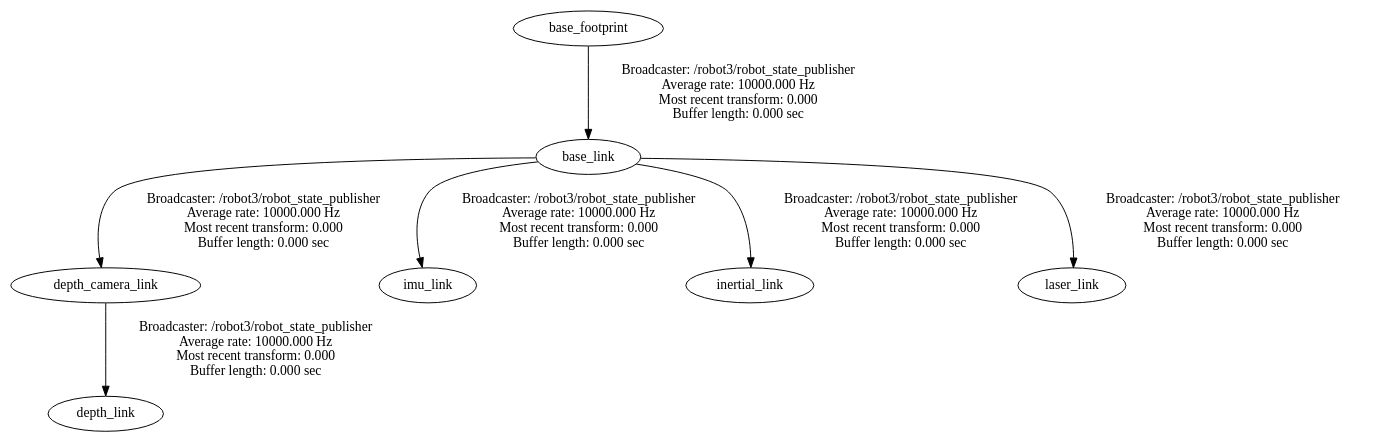
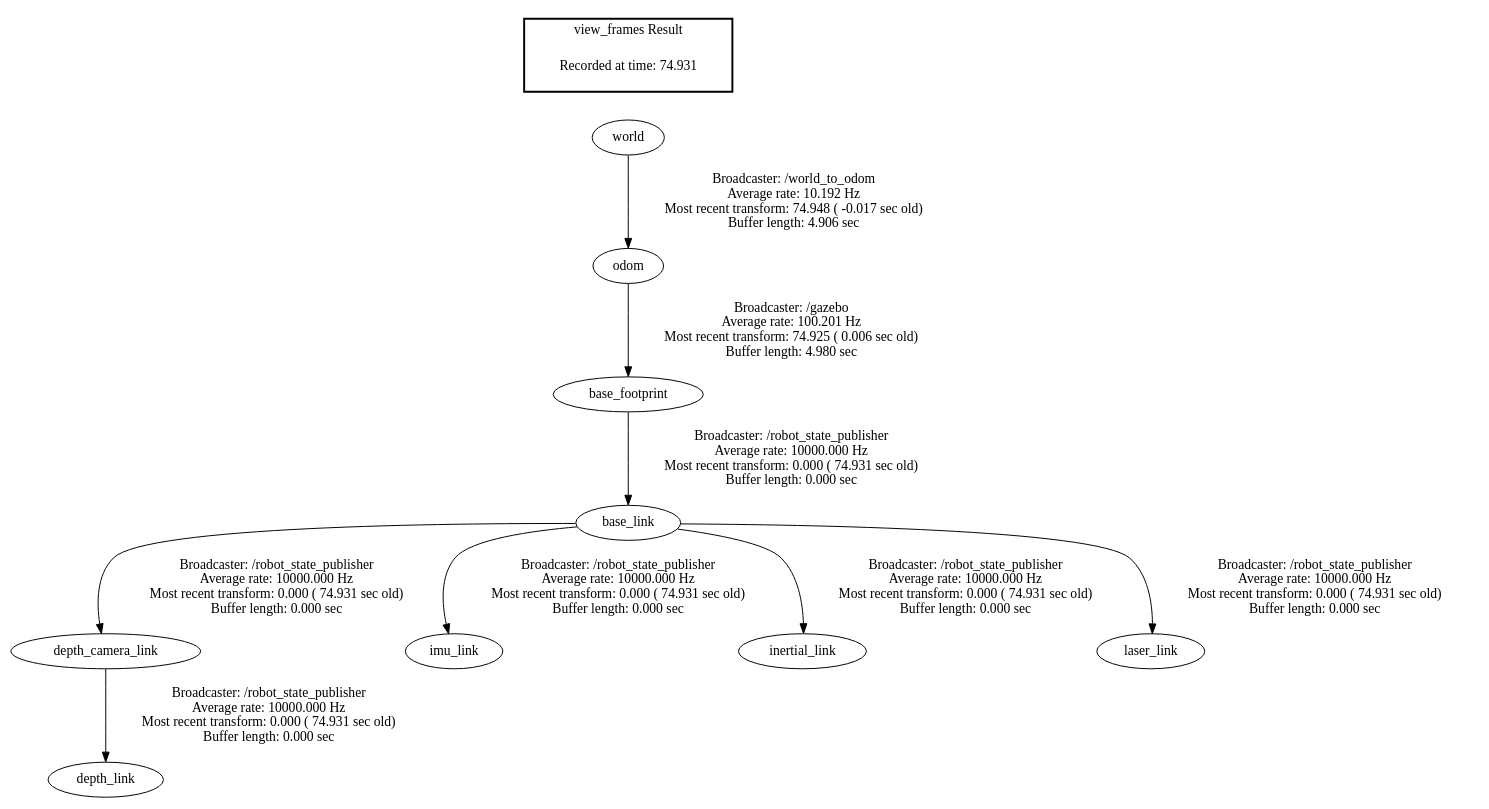
The diagram in limo_ws/frames.gv (CMP26/multi-robot-exploration), drawn with Graphviz before and after one commit. The commit also changed 730 other files, not shown here.

```diff
--- a/limo_ws/frames.gv
+++ b/limo_ws/frames.gv
@@ -1,8 +1,14 @@
 digraph G {
-"base_footprint" -> "base_link"[label="Broadcaster: /robot3/robot_state_publisher\nAverage rate: 10000.000 Hz\nMost recent transform: 0.000 \nBuffer length: 0.000 sec\n"];
-"base_link" -> "depth_camera_link"[label="Broadcaster: /robot3/robot_state_publisher\nAverage rate: 10000.000 Hz\nMost recent transform: 0.000 \nBuffer length: 0.000 sec\n"];
-"depth_camera_link" -> "depth_link"[label="Broadcaster: /robot3/robot_state_publisher\nAverage rate: 10000.000 Hz\nMost recent transform: 0.000 \nBuffer length: 0.000 sec\n"];
-"base_link" -> "imu_link"[label="Broadcaster: /robot3/robot_state_publisher\nAverage rate: 10000.000 Hz\nMost recent transform: 0.000 \nBuffer length: 0.000 sec\n"];
-"base_link" -> "inertial_link"[label="Broadcaster: /robot3/robot_state_publisher\nAverage rate: 10000.000 Hz\nMost recent transform: 0.000 \nBuffer length: 0.000 sec\n"];
-"base_link" -> "laser_link"[label="Broadcaster: /robot3/robot_state_publisher\nAverage rate: 10000.000 Hz\nMost recent transform: 0.000 \nBuffer length: 0.000 sec\n"];
+"world" -> "odom"[label="Broadcaster: /world_to_odom\nAverage rate: 10.192 Hz\nMost recent transform: 74.948 ( -0.017 sec old)\nBuffer length: 4.906 sec\n"];
+"base_footprint" -> "base_link"[label="Broadcaster: /robot_state_publisher\nAverage rate: 10000.000 Hz\nMost recent transform: 0.000 ( 74.931 sec old)\nBuffer length: 0.000 sec\n"];
+"odom" -> "base_footprint"[label="Broadcaster: /gazebo\nAverage rate: 100.201 Hz\nMost recent transform: 74.925 ( 0.006 sec old)\nBuffer length: 4.980 sec\n"];
+"base_link" -> "depth_camera_link"[label="Broadcaster: /robot_state_publisher\nAverage rate: 10000.000 Hz\nMost recent transform: 0.000 ( 74.931 sec old)\nBuffer length: 0.000 sec\n"];
+"depth_camera_link" -> "depth_link"[label="Broadcaster: /robot_state_publisher\nAverage rate: 10000.000 Hz\nMost recent transform: 0.000 ( 74.931 sec old)\nBuffer length: 0.000 sec\n"];
+"base_link" -> "imu_link"[label="Broadcaster: /robot_state_publisher\nAverage rate: 10000.000 Hz\nMost recent transform: 0.000 ( 74.931 sec old)\nBuffer length: 0.000 sec\n"];
+"base_link" -> "inertial_link"[label="Broadcaster: /robot_state_publisher\nAverage rate: 10000.000 Hz\nMost recent transform: 0.000 ( 74.931 sec old)\nBuffer length: 0.000 sec\n"];
+"base_link" -> "laser_link"[label="Broadcaster: /robot_state_publisher\nAverage rate: 10000.000 Hz\nMost recent transform: 0.000 ( 74.931 sec old)\nBuffer length: 0.000 sec\n"];
+edge [style=invis];
+ subgraph cluster_legend { style=bold; color=black; label ="view_frames Result";
+"Recorded at time: 74.931"[ shape=plaintext ] ;
+ }->"world";
 }
```
